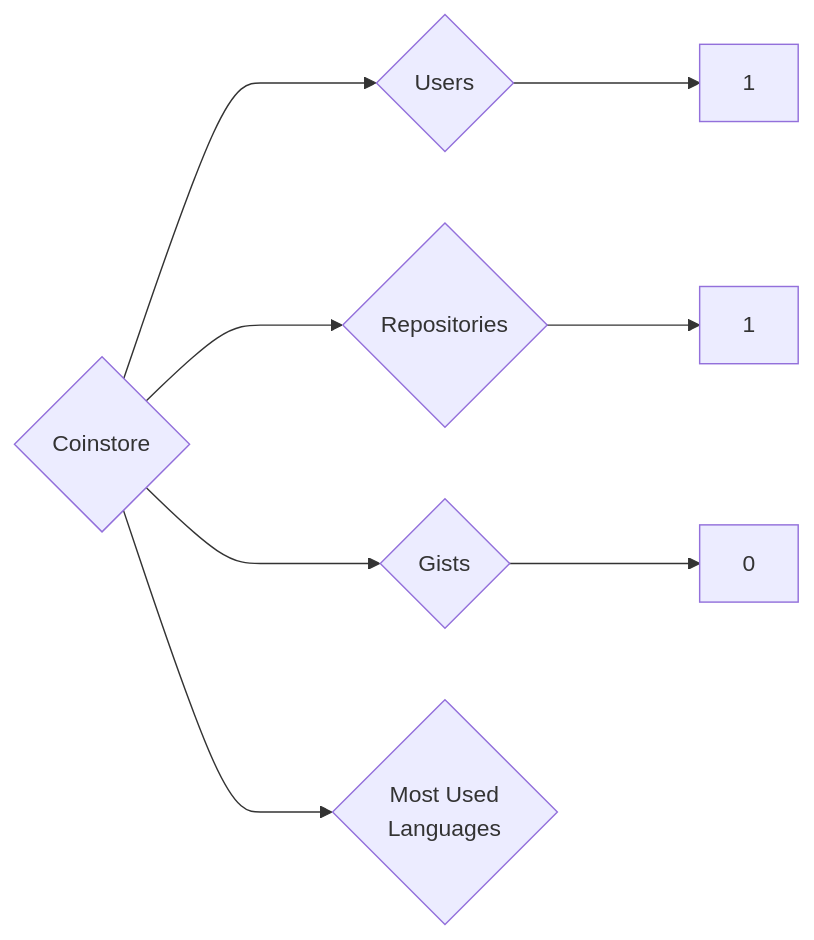
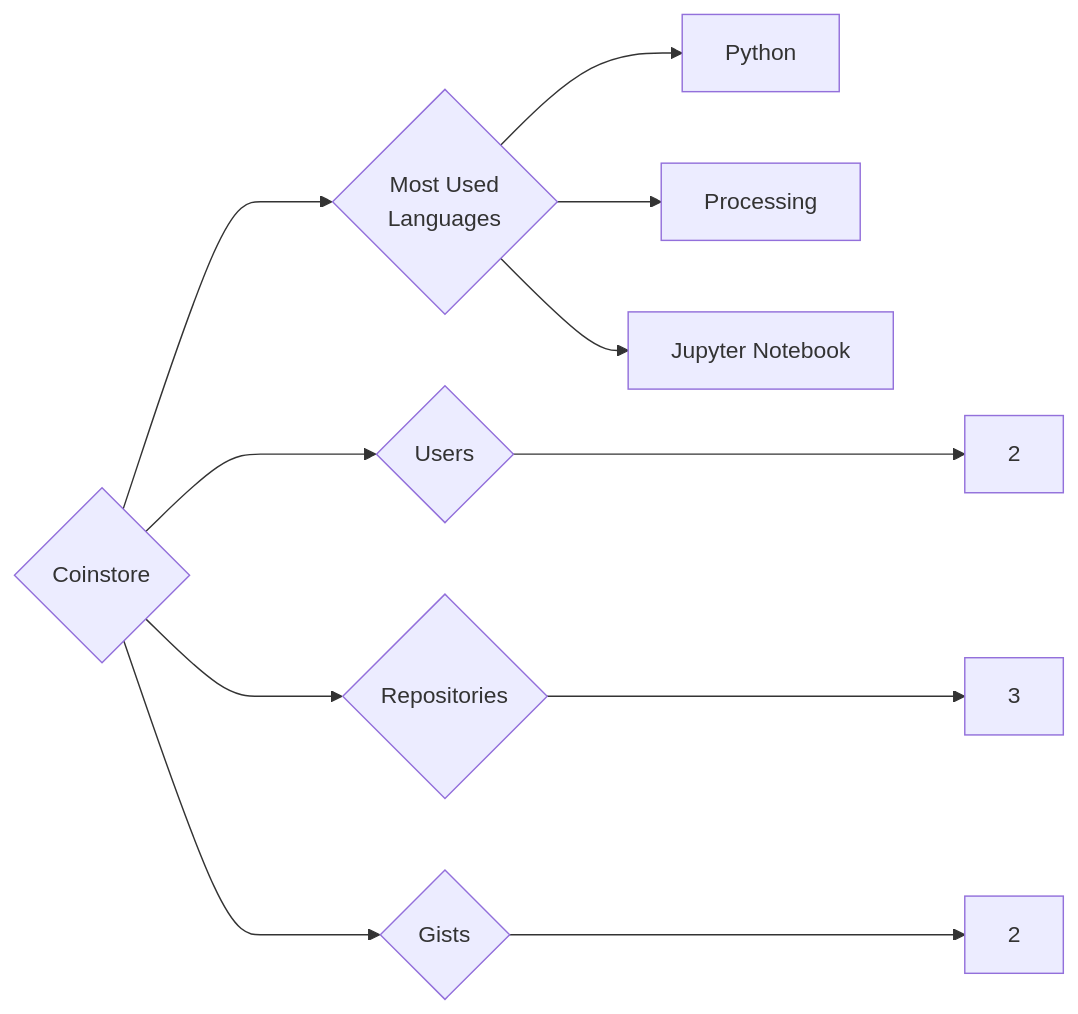
Before and after one commit to trickest/insiders: the diagram in targets/Coinstore/README.md, drawn with Mermaid. The commit also changed 1149 other files, not shown here.

````diff
--- a/targets/Coinstore/README.md
+++ b/targets/Coinstore/README.md
@@ -3,8 +3,11 @@
 ```mermaid
 graph LR
 COMPANY_NAME{Coinstore}
-COMPANY_NAME ---> U{Users} ---> UN[1]
-COMPANY_NAME ---> R{Repositories} ---> RN[1]
-COMPANY_NAME ---> G{Gists} ---> GN[0]
+COMPANY_NAME ---> U{Users} ---> UN[2]
+COMPANY_NAME ---> R{Repositories} ---> RN[3]
+COMPANY_NAME ---> G{Gists} ---> GN[2]
 COMPANY_NAME ---> ML{Most Used<br>Languages}
+ML --> Python[Python]
+ML --> Processing[Processing]
+ML --> Jupyter_Notebook[Jupyter Notebook]
 ```
````
